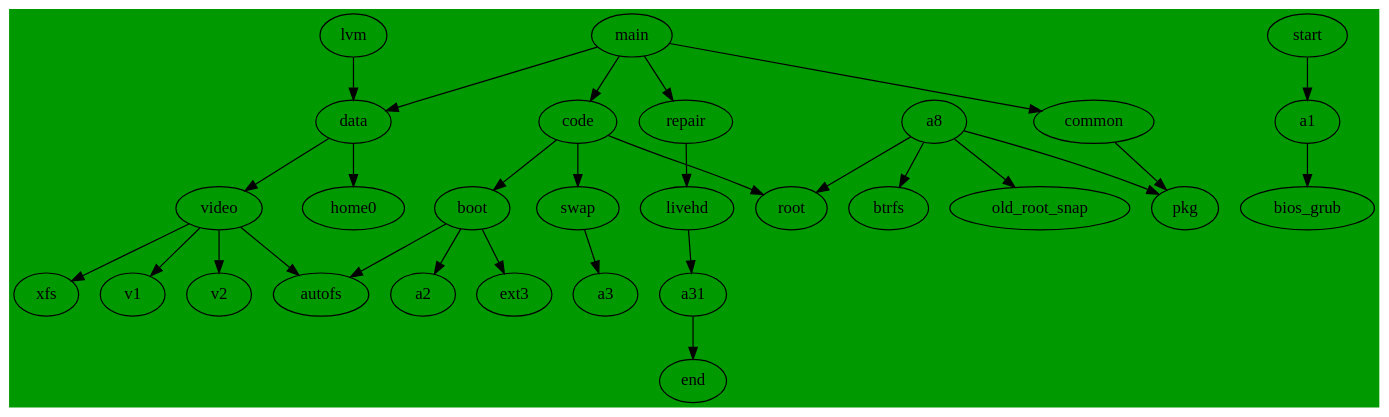
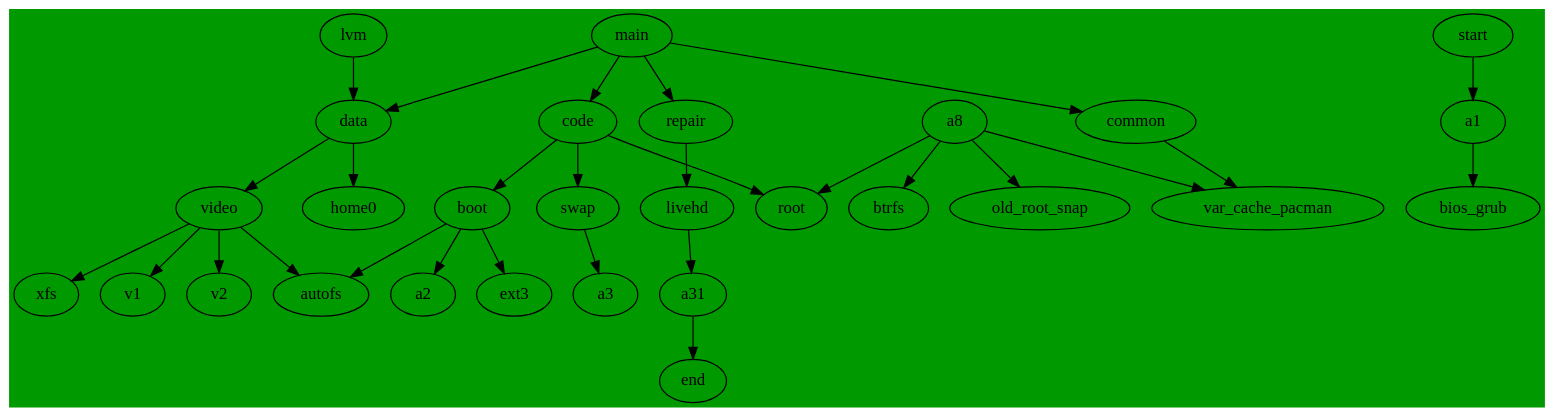
Before and after one commit to cdede/dotfiles: the diagram in dot/.config/dupl/parted.dot, drawn with Graphviz.

Commit message:
fix could not remove /var/cache/pacman/pkg/tmp: Is a directory bug

```diff
--- a/dot/.config/dupl/parted.dot
+++ b/dot/.config/dupl/parted.dot
@@ -1,38 +1,38 @@
 // dot -Tpng  parted.dot -o line1.png
 //  default ext4
 digraph G {
   bgcolor ="#009900";
   main->code;
   main->data;
   main->repair;
   main->common;
 
   start->a1;
   a1->bios_grub;
   a31->end;
 
   code->boot;
   boot->a2;
   boot->ext3;
   boot->autofs;
   code->swap;
   swap->a3;
 
   code->root;
-  common -> pkg;
+  common -> var_cache_pacman;
   a8 ->btrfs;
   a8 -> root;
   a8 -> old_root_snap;
-  a8 -> pkg;
+  a8 -> var_cache_pacman;
 
   repair->livehd;
   livehd->a31;
 
   data->home0;
   data->video;
   lvm->data;
   video->xfs;
   video->autofs;
   video->v1;
   video->v2;
 }
```
